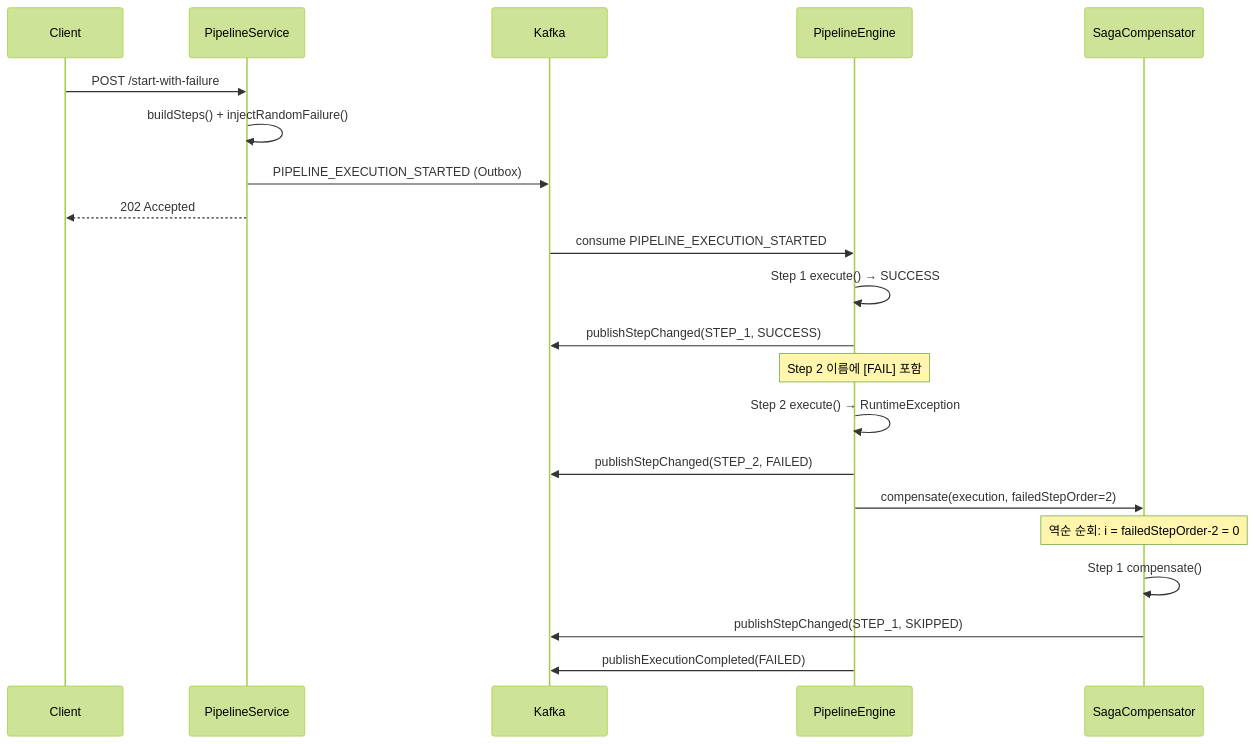
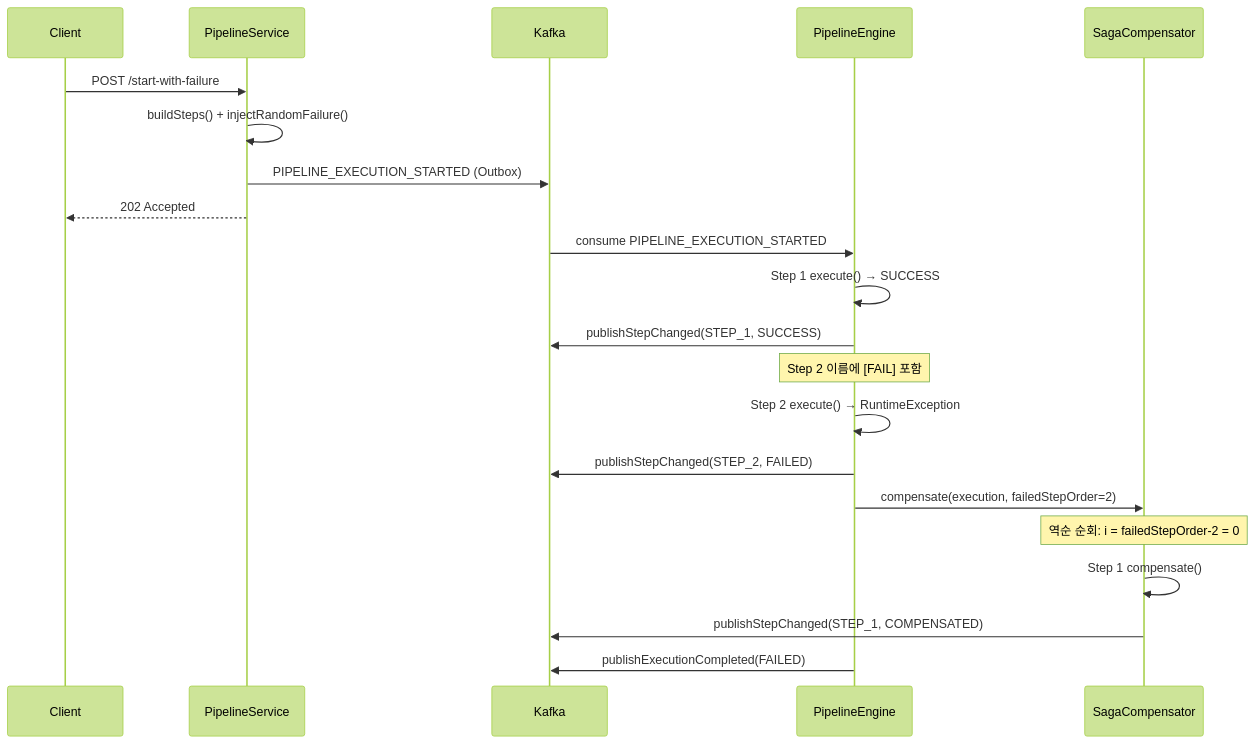
One commit to scofe97/Redpanda-PlayGround changed the diagram in docs/patterns/02-saga-orchestrator.md. Above: the diagram before and after it, drawn with Mermaid (forest theme). The commit also changed other lines of this file and 24 other files, not shown here.

````diff
--- a/docs/patterns/02-saga-orchestrator.md
+++ b/docs/patterns/02-saga-orchestrator.md
@@ -86,28 +86,28 @@
 ```mermaid
 sequenceDiagram
     participant Client
     participant PipelineService
     participant Kafka
     participant PipelineEngine
     participant SagaCompensator
 
     Client->>PipelineService: POST /start-with-failure
     PipelineService->>PipelineService: buildSteps() + injectRandomFailure()
     PipelineService->>Kafka: PIPELINE_EXECUTION_STARTED (Outbox)
     PipelineService-->>Client: 202 Accepted
 
     Kafka->>PipelineEngine: consume PIPELINE_EXECUTION_STARTED
     PipelineEngine->>PipelineEngine: Step 1 execute() → SUCCESS
     PipelineEngine->>Kafka: publishStepChanged(STEP_1, SUCCESS)
 
     Note over PipelineEngine: Step 2 이름에 [FAIL] 포함
     PipelineEngine->>PipelineEngine: Step 2 execute() → RuntimeException
     PipelineEngine->>Kafka: publishStepChanged(STEP_2, FAILED)
     PipelineEngine->>SagaCompensator: compensate(execution, failedStepOrder=2)
 
     Note over SagaCompensator: 역순 순회: i = failedStepOrder-2 = 0
     SagaCompensator->>SagaCompensator: Step 1 compensate()
-    SagaCompensator->>Kafka: publishStepChanged(STEP_1, SKIPPED)
+    SagaCompensator->>Kafka: publishStepChanged(STEP_1, COMPENSATED)
 
     PipelineEngine->>Kafka: publishExecutionCompleted(FAILED)
 ```
````
